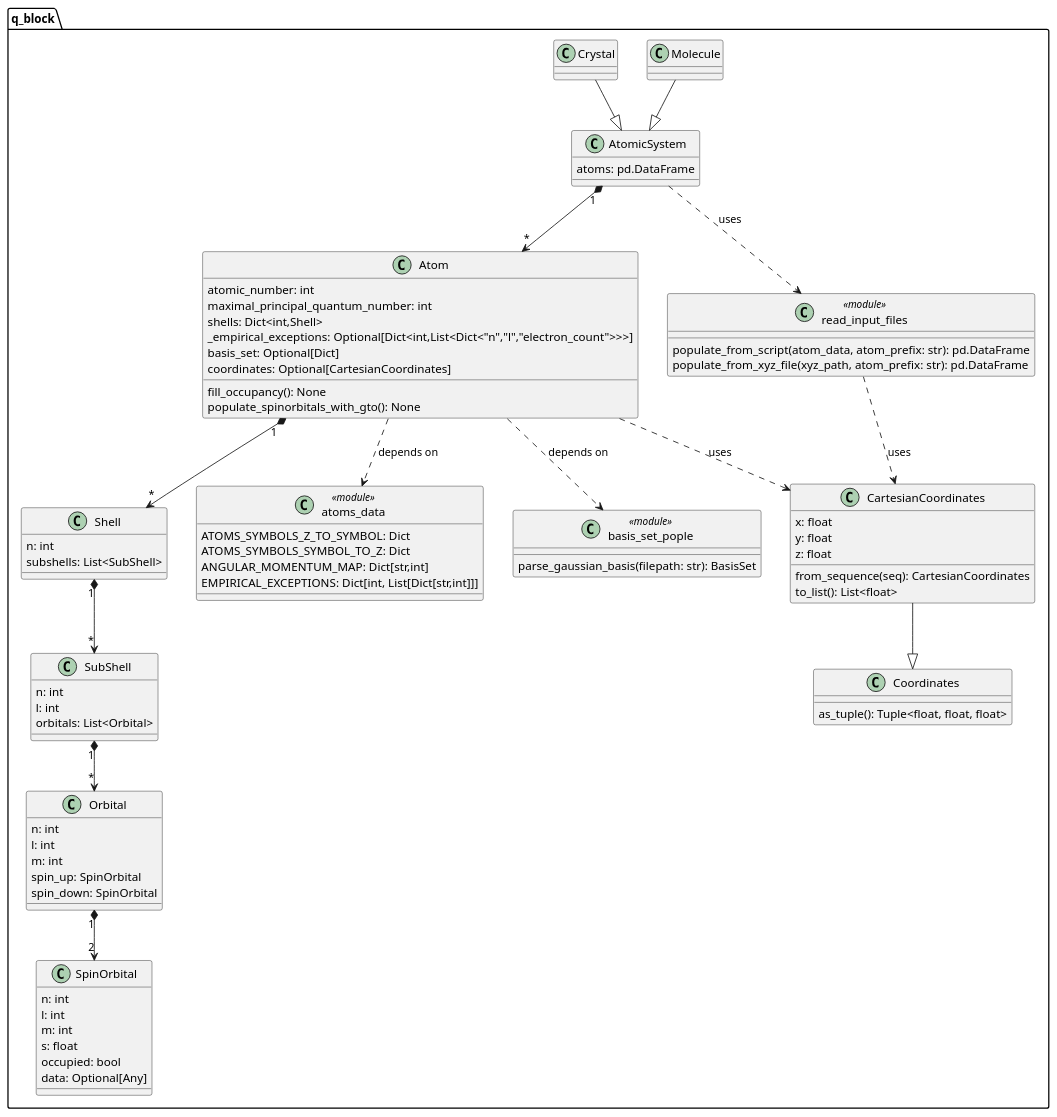
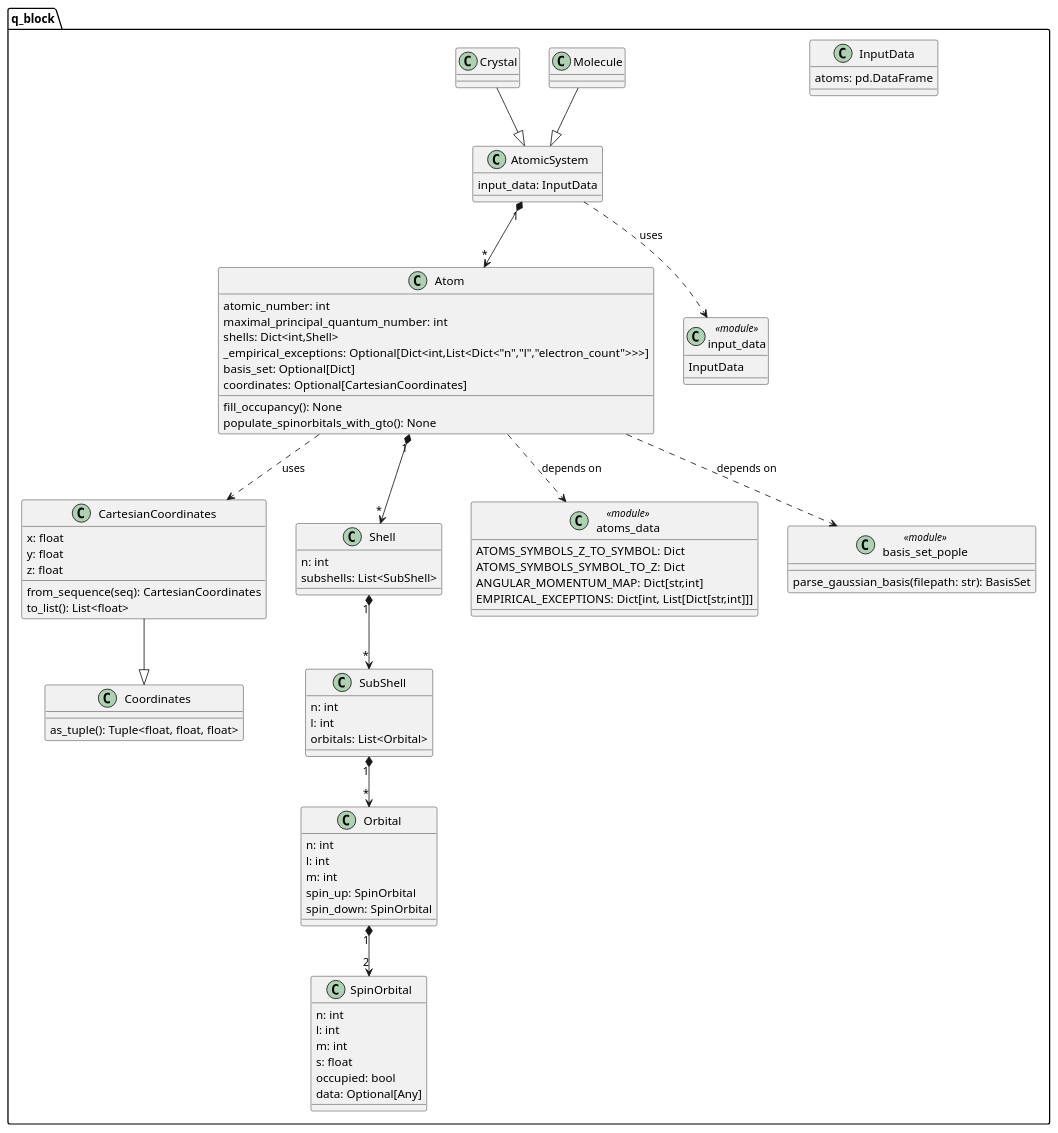
One commit to milosz-martynow/qBlock changed the diagram in architecture/bdd_q_block.puml. Above: the diagram before and after it, drawn with PlantUML. The commit also changed 8 other files, not shown here.

Commit message:
Introducing InputData class to standardize inputs to the scripts

```diff
--- a/architecture/bdd_q_block.puml
+++ b/architecture/bdd_q_block.puml
@@ -1,108 +1,110 @@
 @startuml
 ' ==========================================================
 ' Block Definition Diagram for package q_block
 ' ==========================================================
 
 package "q_block" {
 
     class "Atom" {
         atomic_number: int
         maximal_principal_quantum_number: int
         shells: Dict<int,Shell>
         _empirical_exceptions: Optional[Dict<int,List<Dict<"n","l","electron_count">>>]
         basis_set: Optional[Dict]
         coordinates: Optional[CartesianCoordinates]
         fill_occupancy(): None
         populate_spinorbitals_with_gto(): None
     }
 
     class "CartesianCoordinates" {
         x: float
         y: float
         z: float
         from_sequence(seq): CartesianCoordinates
         to_list(): List<float>
     }
 
     class "Coordinates" {
         as_tuple(): Tuple<float, float, float>
     }
 
     class "SpinOrbital" {
         n: int
         l: int
         m: int
         s: float
         occupied: bool
         data: Optional[Any]
     }
 
     class "Orbital" {
         n: int
         l: int
         m: int
         spin_up: SpinOrbital
         spin_down: SpinOrbital
     }
 
     class "SubShell" {
         n: int
         l: int
         orbitals: List<Orbital>
     }
 
     class "Shell" {
         n: int
         subshells: List<SubShell>
     }
 
+    class "InputData" {
+        atoms: pd.DataFrame
+    }
+
     class "AtomicSystem" {
-        atoms: pd.DataFrame
+        input_data: InputData
     }
 
     class "Molecule" {
     }
 
     class "Crystal" {
     }
 
     class "atoms_data" as AD <<module>> {
         ATOMS_SYMBOLS_Z_TO_SYMBOL: Dict
         ATOMS_SYMBOLS_SYMBOL_TO_Z: Dict
         ANGULAR_MOMENTUM_MAP: Dict[str,int]
         EMPIRICAL_EXCEPTIONS: Dict[int, List[Dict[str,int]]]
     }
 
     class "basis_set_pople" as BSP <<module>> {
         parse_gaussian_basis(filepath: str): BasisSet
     }
 
-    class "read_input_files" as RIF <<module>> {
-        populate_from_script(atom_data, atom_prefix: str): pd.DataFrame
-        populate_from_xyz_file(xyz_path, atom_prefix: str): pd.DataFrame
+    class "input_data" as ID <<module>> {
+        InputData
     }
 
 
     CartesianCoordinates --|> Coordinates
 }
 
 ' ----------------------------------------------------------
 ' Relationships
 ' ----------------------------------------------------------
 
 "Atom" "1" *--> "*" "Shell"
 "Shell" "1" *--> "*" "SubShell"
 "SubShell" "1" *--> "*" "Orbital"
 "Orbital" "1" *--> "2" "SpinOrbital"
 "AtomicSystem" "1" *--> "*" "Atom"
 
 "Molecule" --|> "AtomicSystem"
 "Crystal"  --|> "AtomicSystem"
 
 "Atom" ..> AD  : depends on
 "Atom" ..> BSP : depends on
-"AtomicSystem" ..> RIF : uses
+"AtomicSystem" ..> ID : uses
 "Atom" ..> "CartesianCoordinates" : uses
-"RIF" ..> "CartesianCoordinates" : uses
 
 @enduml
```
